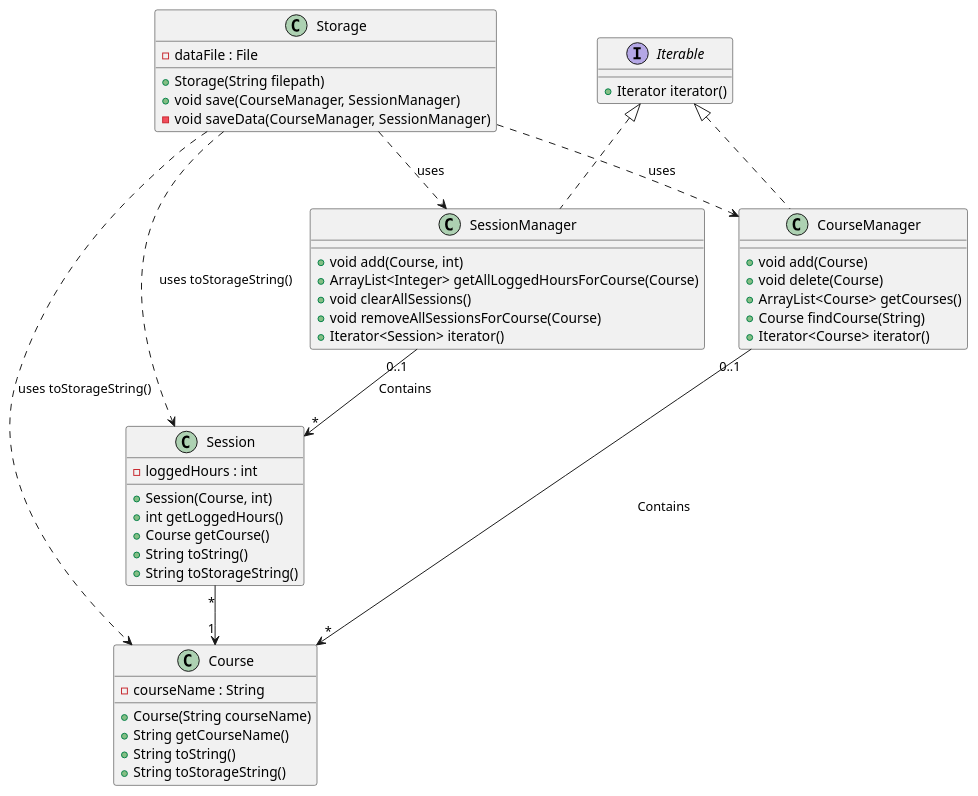
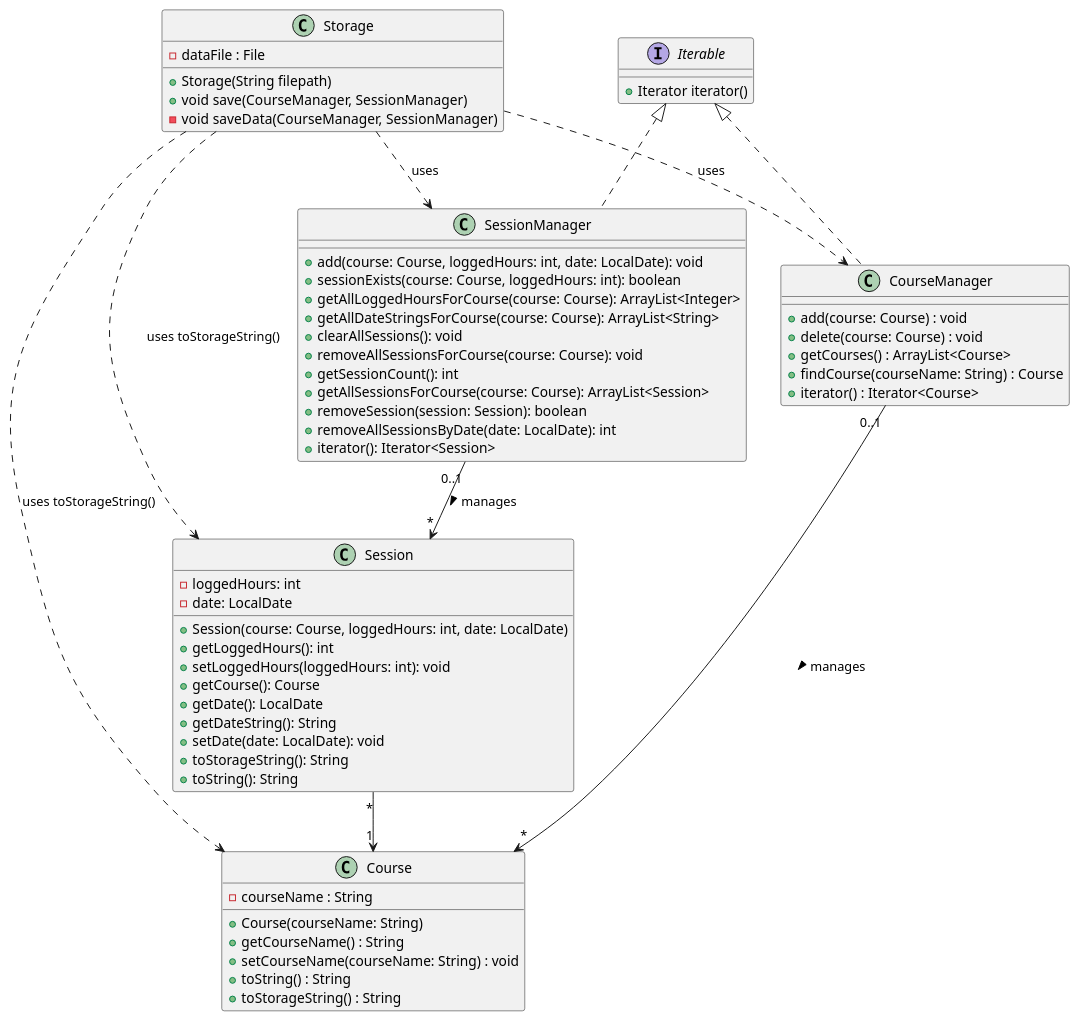
One commit to t-kandasami/tp changed the diagram in docs/diagrams/StorageClassDiagram.puml. Above: the diagram before and after it, drawn with PlantUML. The commit also changed 1 other file, not shown here.

Commit message:
docs: update storage class diagram

```diff
--- a/docs/diagrams/StorageClassDiagram.puml
+++ b/docs/diagrams/StorageClassDiagram.puml
@@ -1,60 +1,74 @@
 @startuml
 
 class Storage {
     - dataFile : File
     + Storage(String filepath)
     + void save(CourseManager, SessionManager)
     - void saveData(CourseManager, SessionManager)
 }
 
 class Course {
     - courseName : String
-    + Course(String courseName)
-    + String getCourseName()
-    + String toString()
-    + String toStorageString()
+    + Course(courseName: String)
+    + getCourseName() : String
+    + setCourseName(courseName: String) : void
+    + toString() : String
+    + toStorageString() : String
 }
 
 class Session {
-    - loggedHours : int
-    + Session(Course, int)
-    + int getLoggedHours()
-    + Course getCourse()
-    + String toString()
-    + String toStorageString()
+    - loggedHours: int
+    - date: LocalDate
+
+    + Session(course: Course, loggedHours: int, date: LocalDate)
+    + getLoggedHours(): int
+    + setLoggedHours(loggedHours: int): void
+    + getCourse(): Course
+    + getDate(): LocalDate
+    + getDateString(): String
+    + setDate(date: LocalDate): void
+    + toStorageString(): String
+    + toString(): String
 }
 
 class CourseManager {
-    + void add(Course)
-    + void delete(Course)
-    + ArrayList<Course> getCourses()
-    + Course findCourse(String)
-    + Iterator<Course> iterator()
+    + add(course: Course) : void
+    + delete(course: Course) : void
+    + getCourses() : ArrayList<Course>
+    + findCourse(courseName: String) : Course
+    + iterator() : Iterator<Course>
 }
 
 class SessionManager {
-    + void add(Course, int)
-    + ArrayList<Integer> getAllLoggedHoursForCourse(Course)
-    + void clearAllSessions()
-    + void removeAllSessionsForCourse(Course)
-    + Iterator<Session> iterator()
+
+    + add(course: Course, loggedHours: int, date: LocalDate): void
+    + sessionExists(course: Course, loggedHours: int): boolean
+    + getAllLoggedHoursForCourse(course: Course): ArrayList<Integer>
+    + getAllDateStringsForCourse(course: Course): ArrayList<String>
+    + clearAllSessions(): void
+    + removeAllSessionsForCourse(course: Course): void
+    + getSessionCount(): int
+    + getAllSessionsForCourse(course: Course): ArrayList<Session>
+    + removeSession(session: Session): boolean
+    + removeAllSessionsByDate(date: LocalDate): int
+    + iterator(): Iterator<Session>
 }
 
 
 Storage ..> CourseManager : uses
 Storage ..> SessionManager : uses
 Storage ..> Course : uses toStorageString()
 Storage ..> Session : uses toStorageString()
 
 interface Iterable {
     + Iterator iterator()
 }
 Iterable<|.. CourseManager
 Iterable <|.. SessionManager
 
-CourseManager "0..1" --> "*" Course : Contains
-SessionManager "0..1" --> "*" Session : Contains
+CourseManager "0..1" --> "*" Course : manages >
+SessionManager "0..1" --> "*" Session : manages >
 
 Session "*"-->"1" Course
 
 @enduml
```
